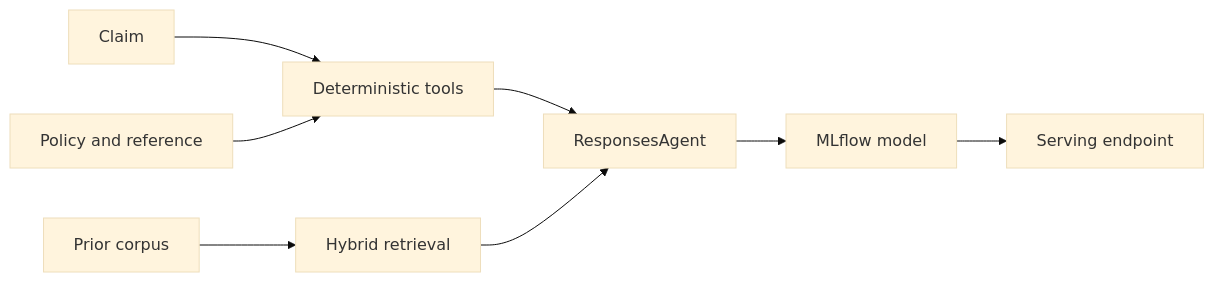
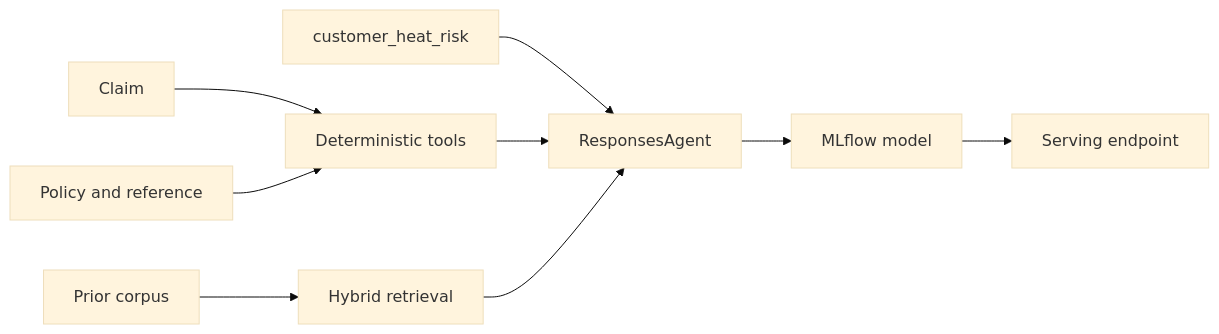
The diagram in agent/README.md (Irtebat/claims-adjudication-agent-demo), drawn with Mermaid (base theme) before and after one commit. The commit also changed other lines of this file and 5 other files, not shown here.

````diff
--- a/agent/README.md
+++ b/agent/README.md
@@ -17,8 +27,9 @@
 ```mermaid
 flowchart LR
   C[Claim] --> T[Deterministic tools]
   P[Policy and reference] --> T
   R[Prior corpus] --> Q[Hybrid retrieval]
+  H[customer_heat_risk] --> A
   T --> A[ResponsesAgent]
   Q --> A --> M[MLflow model] --> E[Serving endpoint]
 ```
````
